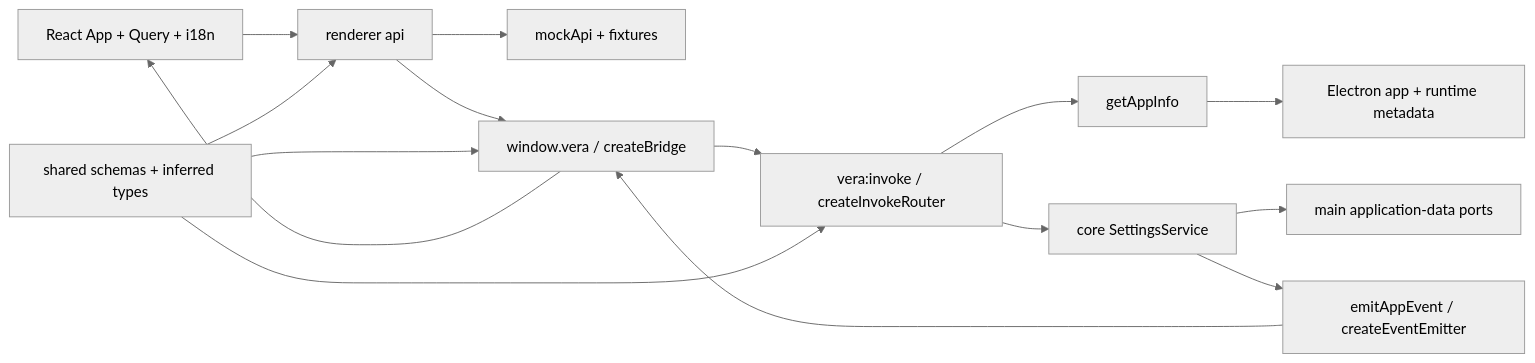
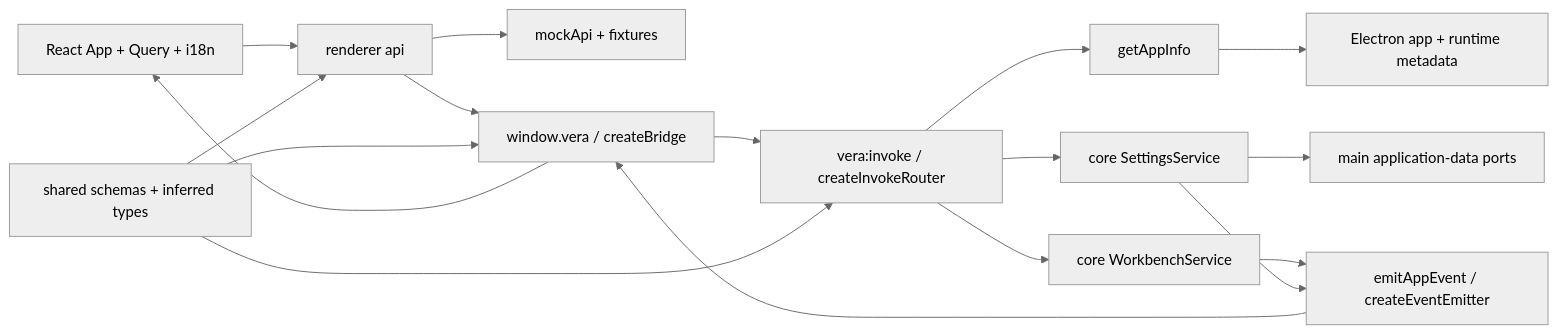
One commit to DDP-Engineering/2026_Virtual_Embedded_Rig_Assistant changed the diagram in .agentic/knowledge/ipc-boundary.md. Above: the diagram before and after it, drawn with Mermaid (neutral theme). The commit also changed other lines of this file and 70 other files, not shown here.

````diff
--- a/.agentic/knowledge/ipc-boundary.md
+++ b/.agentic/knowledge/ipc-boundary.md
@@ -70,17 +74,19 @@
 ```mermaid
 flowchart LR
   UI[React App + Query + i18n] --> API[renderer api]
   API --> MOCK[mockApi + fixtures]
   API --> PRE[window.vera / createBridge]
   PRE --> ROUTER[vera:invoke / createInvokeRouter]
   ROUTER --> INFO[getAppInfo]
   ROUTER --> SETTINGS[core SettingsService]
+  ROUTER --> WORKBENCH[core WorkbenchService]
+  WORKBENCH --> EMIT
   SETTINGS --> PORTS[main application-data ports]
   SETTINGS --> EMIT
   INFO --> HOST[Electron app + runtime metadata]
   EMIT[emitAppEvent / createEventEmitter] --> PRE
   PRE --> UI
   SHARED[shared schemas + inferred types] --> ROUTER
   SHARED --> PRE
   SHARED --> API
 ```
````
